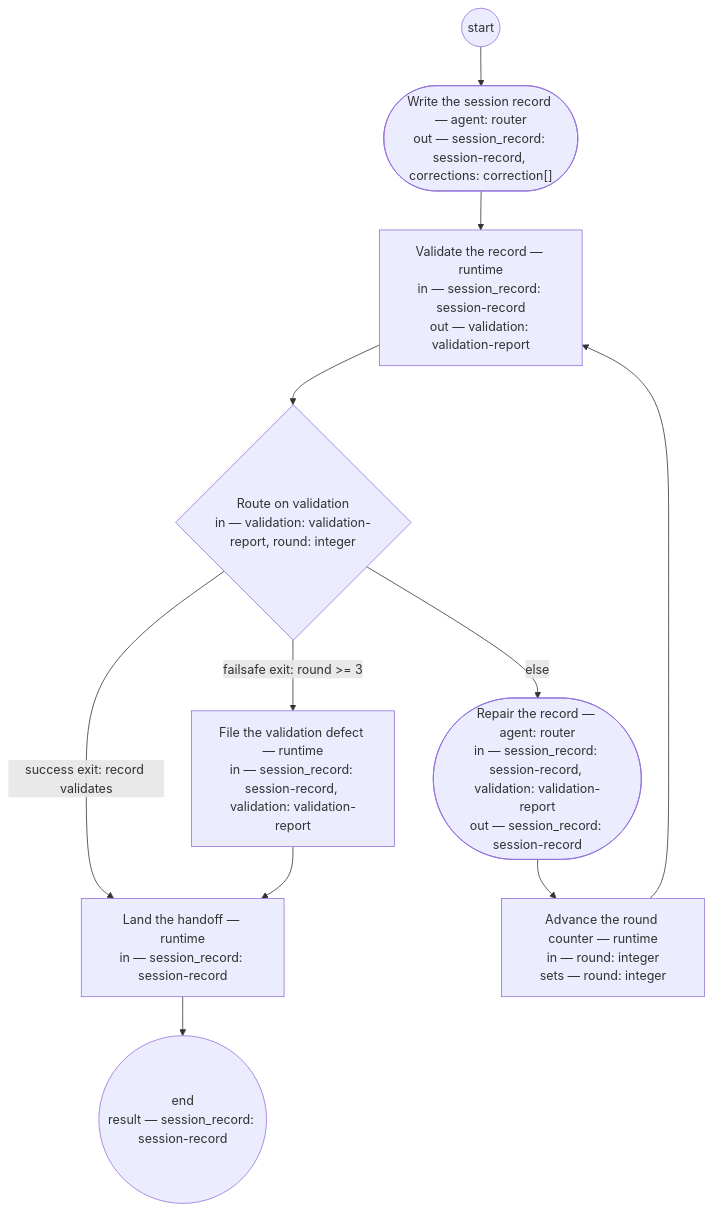
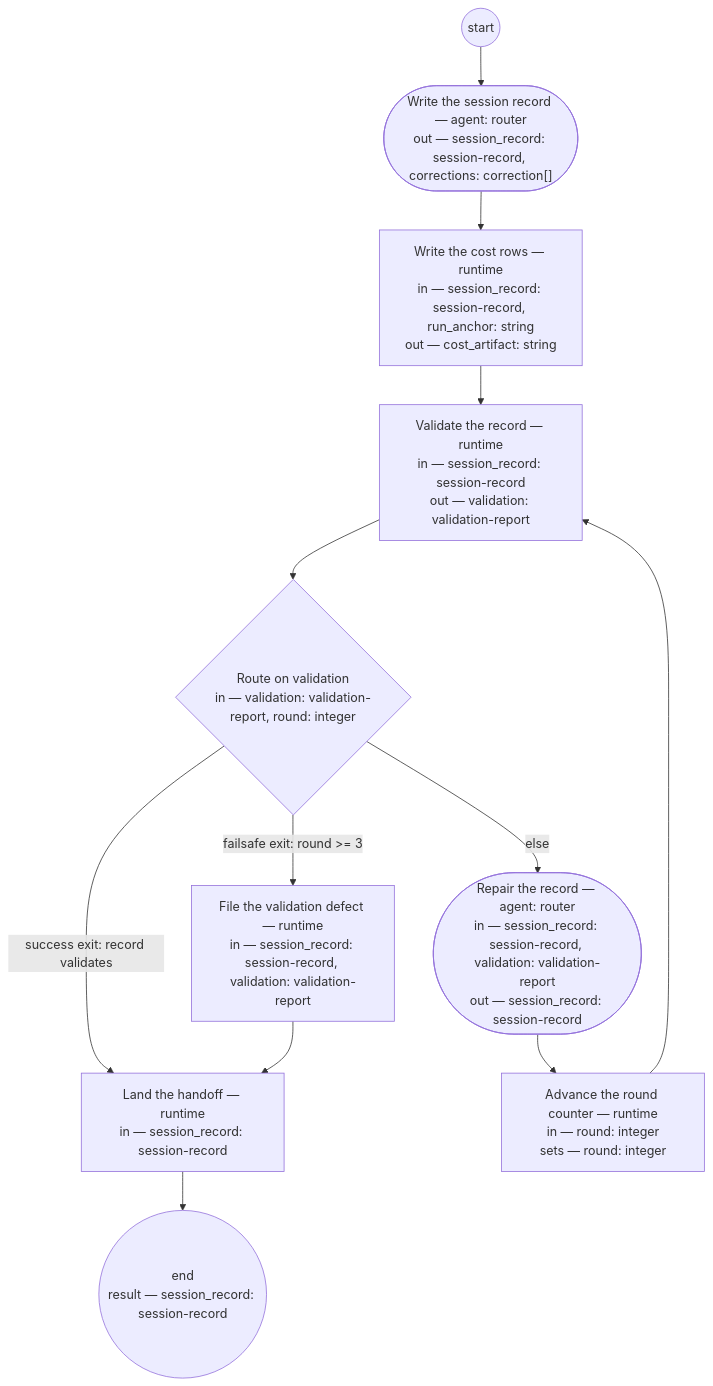
The diagram in .claude/skills/session-handoff/SKILL.md (dstengle/shopsystem-product), drawn with Mermaid before and after one commit. The commit also changed other lines of this file and 5 other files, not shown here.

First line of the commit message:
feat-run-measurement built: run-cost artifact typedef v1, session-handoff v4 with the write-cost-rows runtime step, write_cost_rows.py answering --describe with its skill; demonstrated on anchor lead-5wzgl (sessions/sess-2026-09-07-b-cost.md); lint and skill check clean

````diff
--- a/.claude/skills/session-handoff/SKILL.md
+++ b/.claude/skills/session-handoff/SKILL.md
@@ -25,21 +25,23 @@
 ```mermaid
 flowchart TD
   collect(["Write the session record — agent: router<br/>out — session_record: session-record, corrections: correction[]"])
+  write_cost_rows["Write the cost rows — runtime<br/>in — session_record: session-record, run_anchor: string<br/>out — cost_artifact: string"]
   validate["Validate the record — runtime<br/>in — session_record: session-record<br/>out — validation: validation-report"]
   route_validation{"Route on validation<br/>in — validation: validation-report, round: integer"}
   repair(["Repair the record — agent: router<br/>in — session_record: session-record, validation: validation-report<br/>out — session_record: session-record"])
   advance_round["Advance the round counter — runtime<br/>in — round: integer<br/>sets — round: integer"]
   file_defect["File the validation defect — runtime<br/>in — session_record: session-record, validation: validation-report"]
   land["Land the handoff — runtime<br/>in — session_record: session-record"]
   __end(("end<br/>result — session_record: session-record"))
   __start(("start")) --> collect
-  collect --> validate
+  collect --> write_cost_rows
+  write_cost_rows --> validate
   validate --> route_validation
   route_validation -->|success exit: record validates| land
   route_validation -->|failsafe exit: round >= 3| file_defect
   route_validation -->|else| repair
   repair --> advance_round
   advance_round --> validate
   file_defect --> land
   land --> __end
 ```
````
